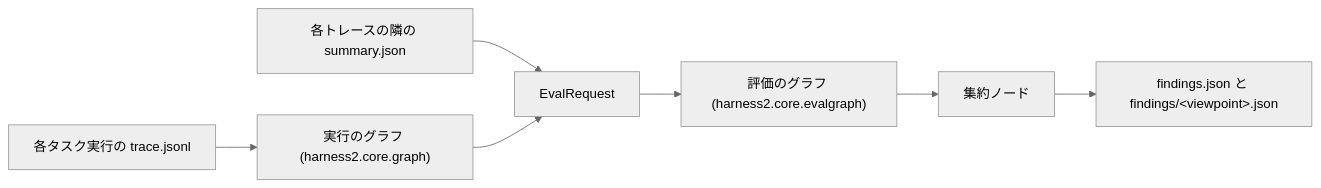
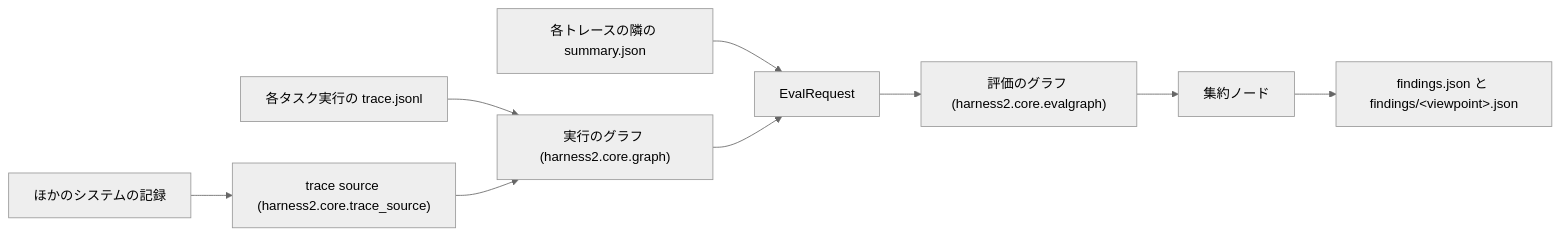
Before and after one commit to reeschan/harness2: the diagram in docs/EVALUATION.ja.md, drawn with Mermaid (neutral theme). The commit also changed other lines of this file and 332 other files, not shown here.

````diff
--- a/docs/EVALUATION.ja.md
+++ b/docs/EVALUATION.ja.md
@@ -11,9 +11,11 @@
 ```mermaid
 flowchart LR
     T["各タスク実行の trace.jsonl"] --> G["実行のグラフ (harness2.core.graph)"]
+    X["ほかのシステムの記録"] --> TS["trace source (harness2.core.trace_source)"]
+    TS --> G
     S["各トレースの隣の summary.json"] --> R["EvalRequest"]
     G --> R
     R --> E["評価のグラフ (harness2.core.evalgraph)"]
     E --> A["集約ノード"]
     A --> F["findings.json と findings/&lt;viewpoint&gt;.json"]
 ```
````
